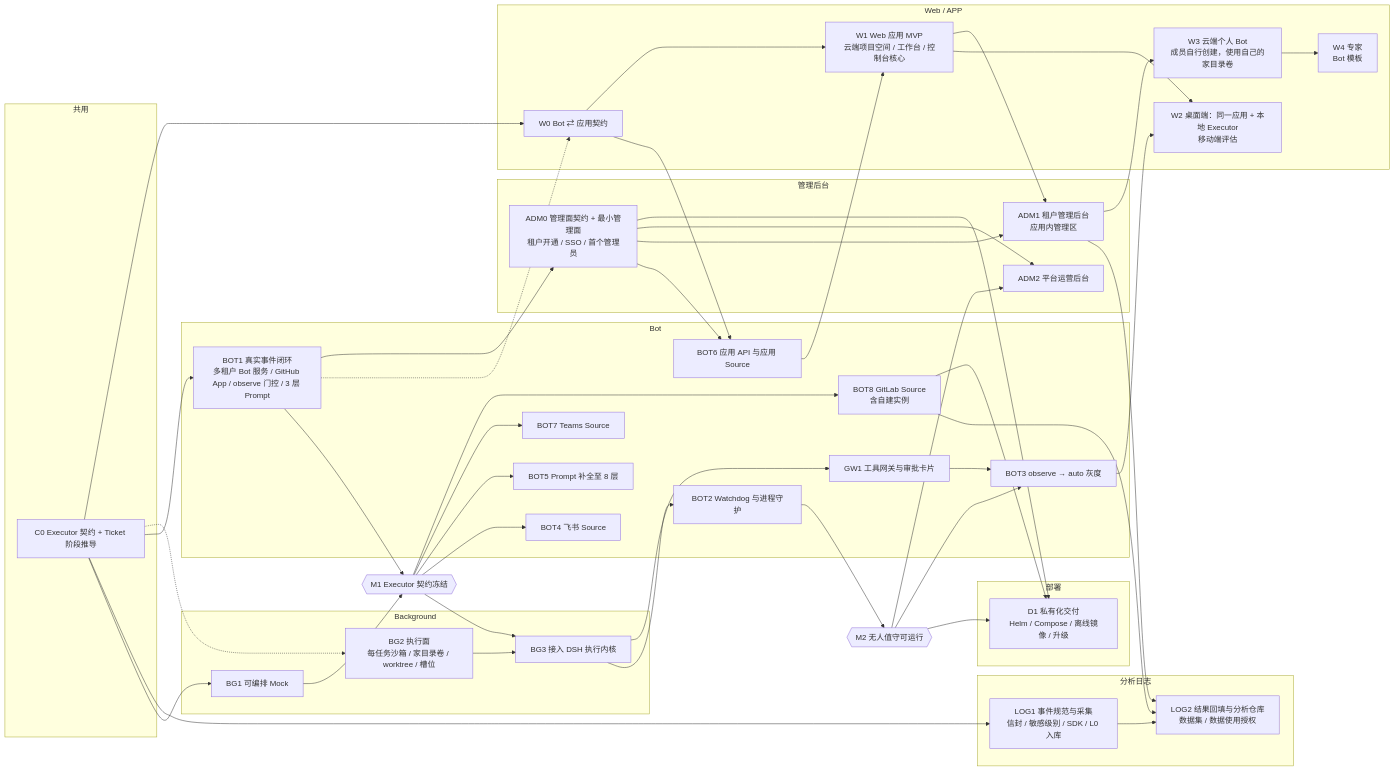
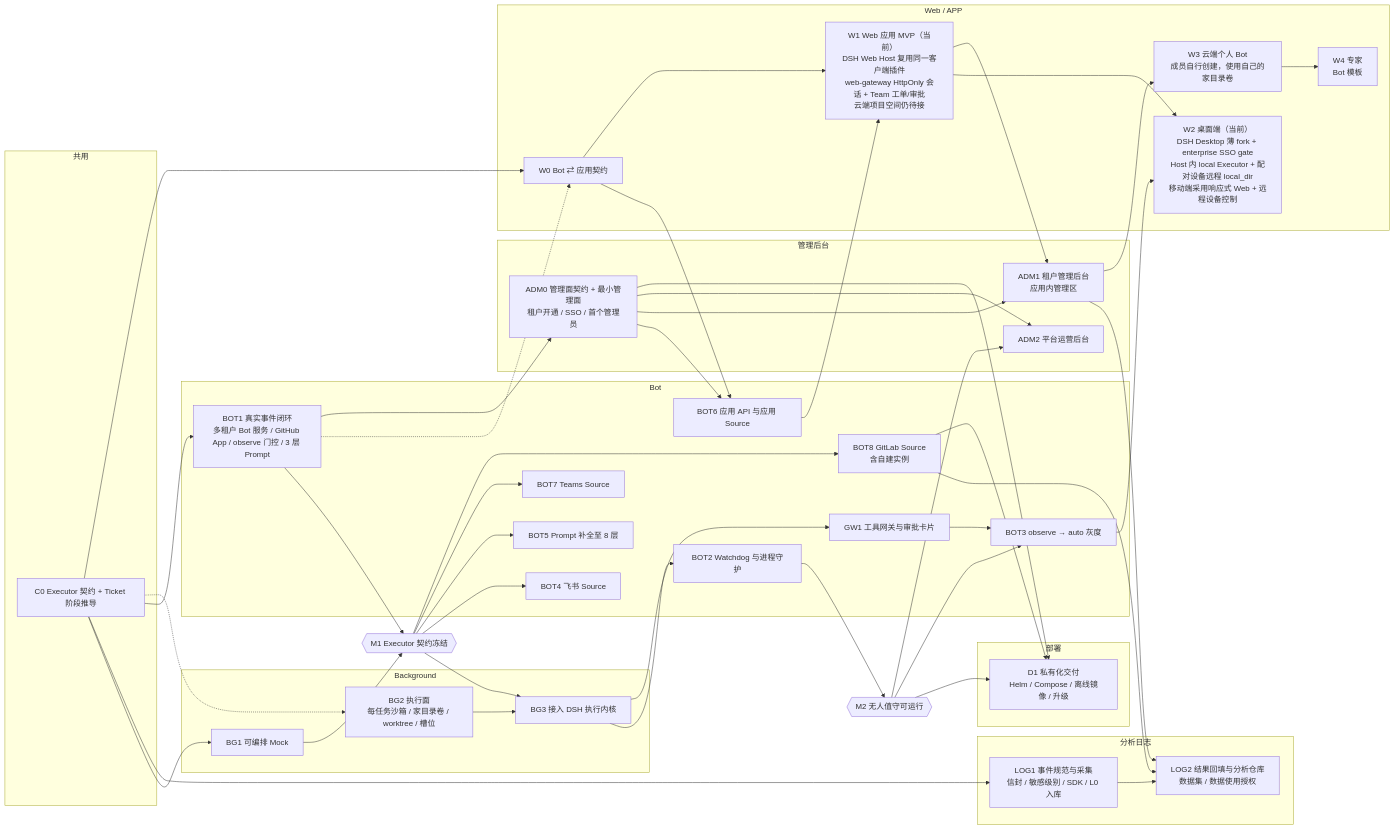
The diagram in docs/roadmap.md (Mieluoxxx/siriusx), drawn with Mermaid before and after one commit. The commit also changed other lines of this file and 11 other files, not shown here.

Commit message:
docs: redraw current overview/app diagrams and roadmap W1/W2

```diff
--- a/docs/roadmap.md
+++ b/docs/roadmap.md
@@ -85,8 +85,8 @@
 
   subgraph WEB["Web / APP"]
     W0["W0 Bot ⇄ 应用契约"]
-    W1["W1 Web 应用 MVP<br/>云端项目空间 / 工作台 / 控制台核心"]
-    W2["W2 桌面端：同一应用 + 本地 Executor<br/>移动端评估"]
+    W1["W1 Web 应用 MVP（当前）<br/>DSH Web Host 复用同一客户端插件<br/>web-gateway HttpOnly 会话 + Team 工单/审批<br/>云端项目空间仍待接"]
+    W2["W2 桌面端（当前）<br/>DSH Desktop 薄 fork + enterprise SSO gate<br/>Host 内 local Executor + 配对设备远程 local_dir<br/>移动端采用响应式 Web + 远程设备控制"]
     W3["W3 云端个人 Bot<br/>成员自行创建，使用自己的家目录卷"]
     W4["W4 专家<br/>Bot 模板"]
   end
```
